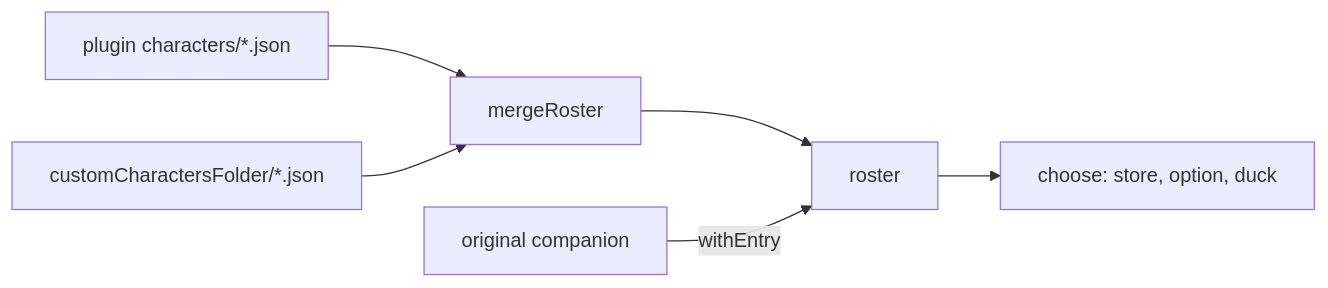
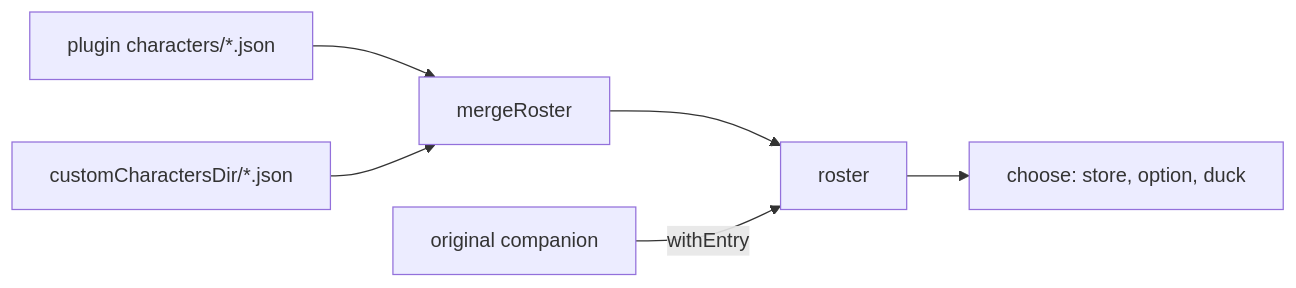
Before and after one commit to rezzminator/buddy: the diagram in docs/design/characters.md, drawn with Mermaid. The commit also changed other lines of this file and 26 other files, not shown here.

````diff
--- a/docs/design/characters.md
+++ b/docs/design/characters.md
@@ -45,8 +45,8 @@
 ```mermaid
 flowchart LR
   S["plugin characters/*.json"] --> M["mergeRoster"]
-  U["customCharactersFolder/*.json"] --> M
+  U["customCharactersDir/*.json"] --> M
   M --> R["roster"]
   O["original companion"] -->|withEntry| R
   R --> C["choose: store, option, duck"]
 ```
````
